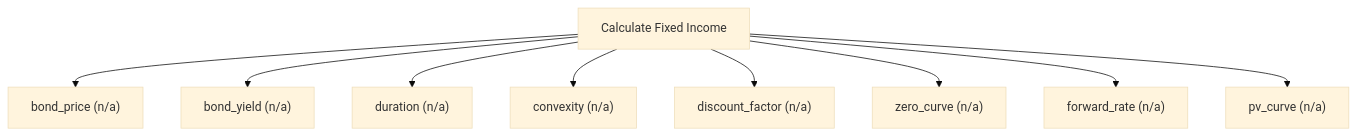
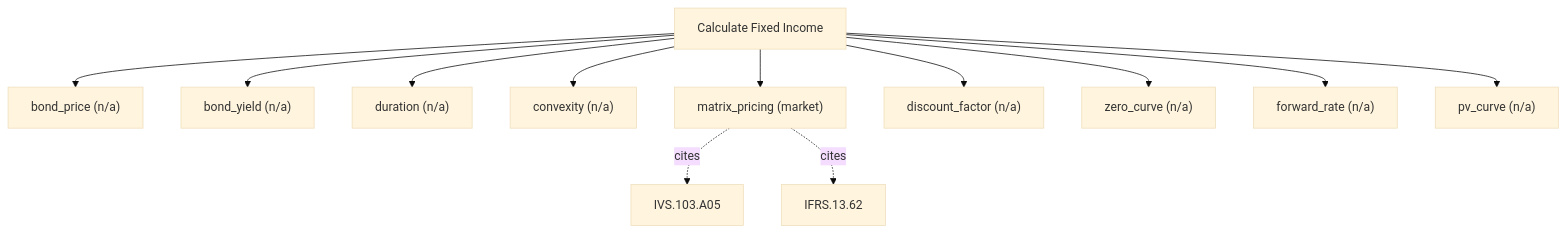
One commit to simonmak-ascent/fair-value changed the diagram in docs/methods/calculate_fixed_income.md. Above: the diagram before and after it, drawn with Mermaid (base theme). The commit also changed other lines of this file and 14 other files, not shown here.

First line of the commit message:
feat(surface): boundary classification, duplicate guard, matrix pricing, standards changelog

````diff
--- a/docs/methods/calculate_fixed_income.md
+++ b/docs/methods/calculate_fixed_income.md
@@ -5,12 +5,15 @@
 ```mermaid
 flowchart TD
   T[Calculate Fixed Income]
   T --> calculate_fixed_income_bond_price["bond_price (n/a)"]
   T --> calculate_fixed_income_bond_yield["bond_yield (n/a)"]
   T --> calculate_fixed_income_duration["duration (n/a)"]
   T --> calculate_fixed_income_convexity["convexity (n/a)"]
+  T --> calculate_fixed_income_matrix_pricing["matrix_pricing (market)"]
+  calculate_fixed_income_matrix_pricing -. cites .-> IVS_103_A05[IVS.103.A05]
+  calculate_fixed_income_matrix_pricing -. cites .-> IFRS_13_62[IFRS.13.62]
   T --> calculate_fixed_income_discount_factor["discount_factor (n/a)"]
   T --> calculate_fixed_income_zero_curve["zero_curve (n/a)"]
   T --> calculate_fixed_income_forward_rate["forward_rate (n/a)"]
   T --> calculate_fixed_income_pv_curve["pv_curve (n/a)"]
 ```
````
